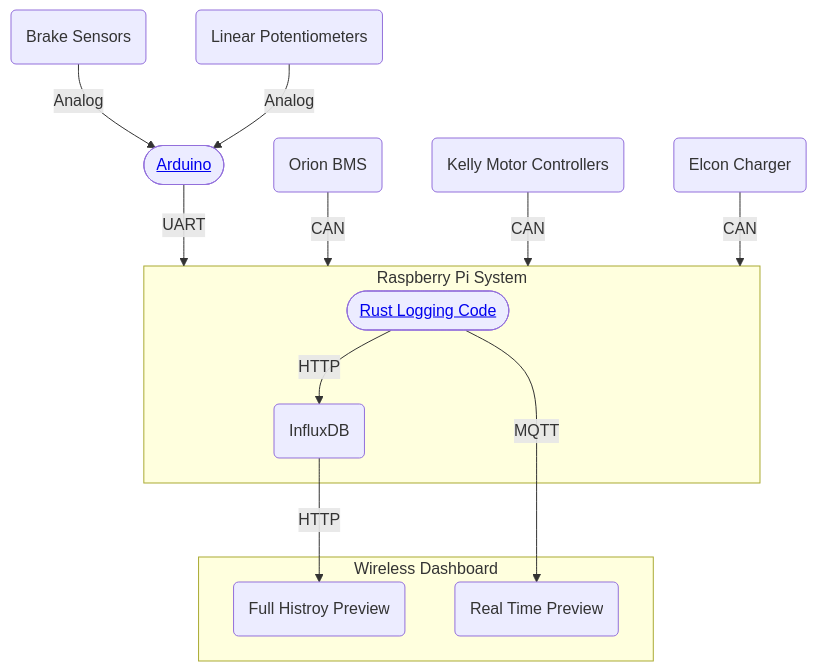
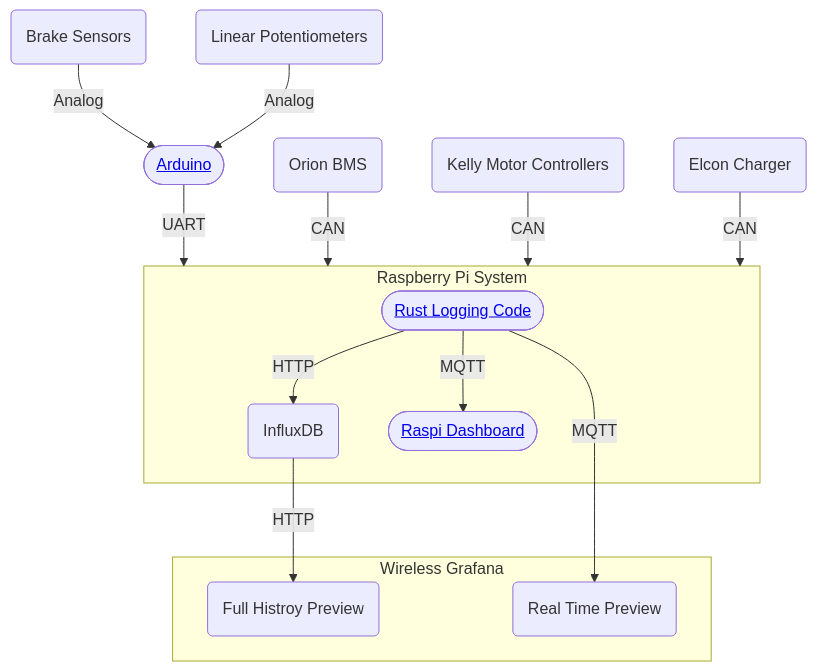
One commit to Anteater-Electric-Racing/embedded changed the diagram in README.md. Above: the diagram before and after it, drawn with Mermaid. The commit also changed other lines of this file, not shown here.

````diff
--- a/README.md
+++ b/README.md
@@ -2,16 +3,17 @@
 ```mermaid
 flowchart TD
     B(Brake Sensors) -->|Analog| A(["<a href='https://github.com/AlistairKeiller/FSAE/tree/master/fsae-arduino' target='_blank'>Arduino</a>"])
     L(Linear Potentiometers) -->|Analog| A
     A -->|UART| Pi
     O(Orion BMS) -->|CAN| Pi
     K(Kelly Motor Controllers) -->|CAN| Pi
     IMS(Elcon Charger) -->|CAN| Pi
     subgraph Pi[Raspberry Pi System]
         R(["<a href='https://github.com/AlistairKeiller/FSAE/tree/master/fsae-raspi' target='_blank'>Rust Logging Code</a>"]) -->|HTTP| I(InfluxDB)
+        R -->|MQTT| D(["<a href='https://github.com/AlistairKeiller/FSAE/tree/master/fsae-dashboard' target='_blank'>Raspi Dashboard</a>"])
     end
-    subgraph Graphana[Wireless Dashboard]
+    subgraph Graphana[Wireless Grafana]
         I -->|HTTP| F(Full Histroy Preview)
         R -->|MQTT| P(Real Time Preview)
     end
 ```
````
